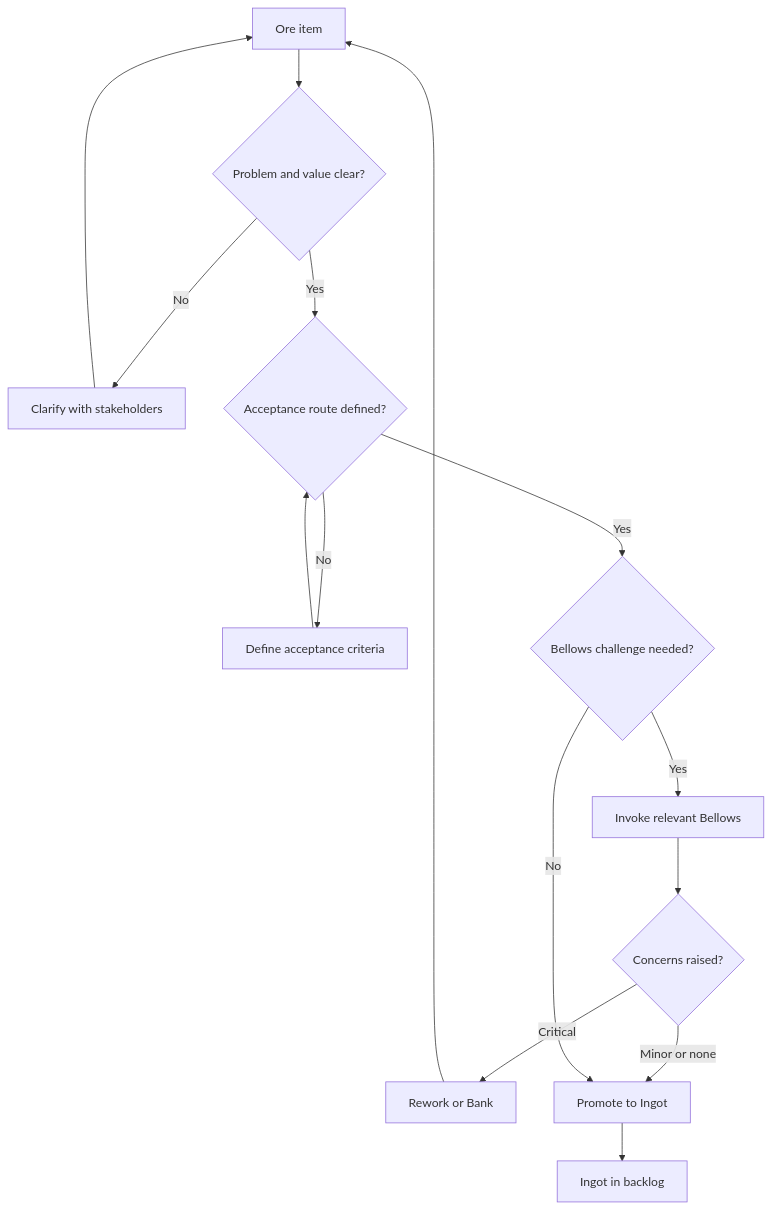
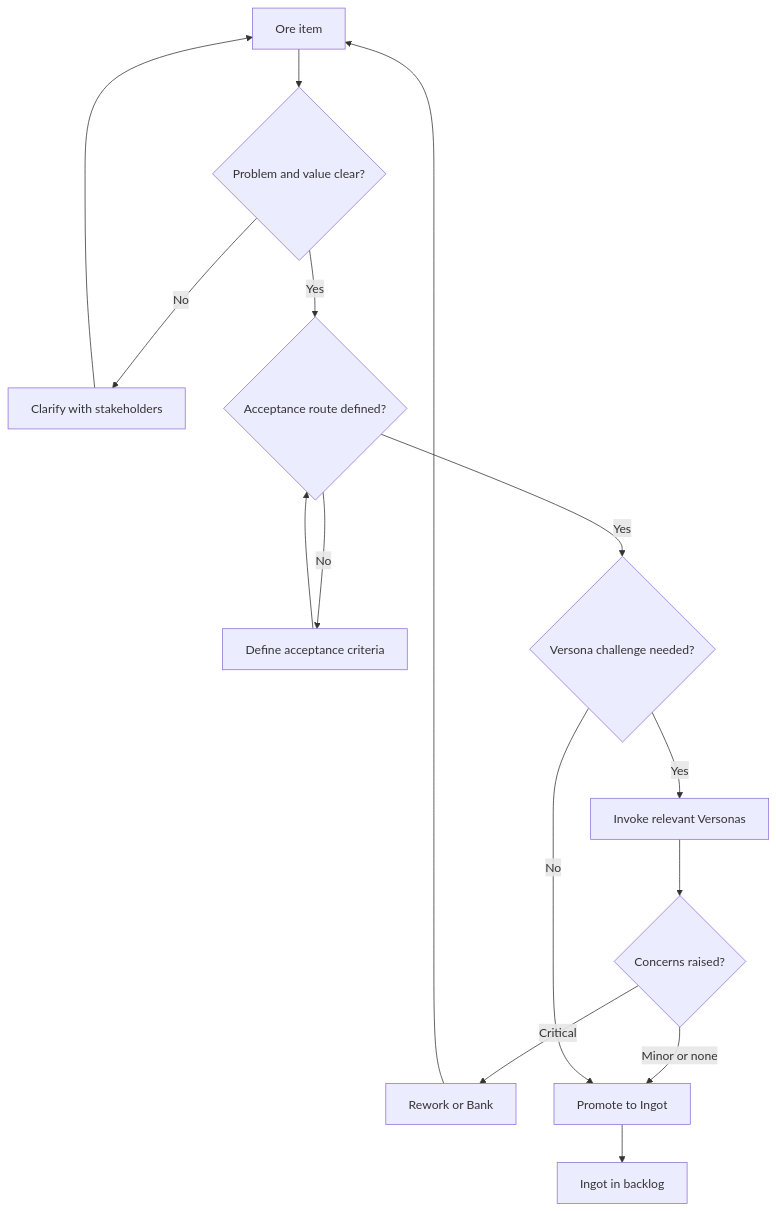
The third of 7 diagrams in sdlc/methodologies/forge/process-and-flows.md (autowww/blueprints), drawn with Mermaid before and after one commit. The commit also changed other lines of this file and 60 other files, not shown here.

First line of the commit message:
Rename Forge Bellows discipline pack to Versona

````diff
--- a/sdlc/methodologies/forge/process-and-flows.md
+++ b/sdlc/methodologies/forge/process-and-flows.md
@@ -104,17 +104,17 @@
 ```mermaid
 flowchart TD
   A[Ore item] --> B{Problem and value clear?}
   B -->|No| C[Clarify with stakeholders]
   C --> A
   B -->|Yes| D{Acceptance route defined?}
   D -->|No| E[Define acceptance criteria]
   E --> D
-  D -->|Yes| F{Bellows challenge needed?}
-  F -->|Yes| G[Invoke relevant Bellows]
+  D -->|Yes| F{Versona challenge needed?}
+  F -->|Yes| G[Invoke relevant Versonas]
   G --> H{Concerns raised?}
   H -->|Critical| I[Rework or Bank]
   I --> A
   H -->|Minor or none| J[Promote to Ingot]
   F -->|No| J
   J --> K[Ingot in backlog]
 ```
````
